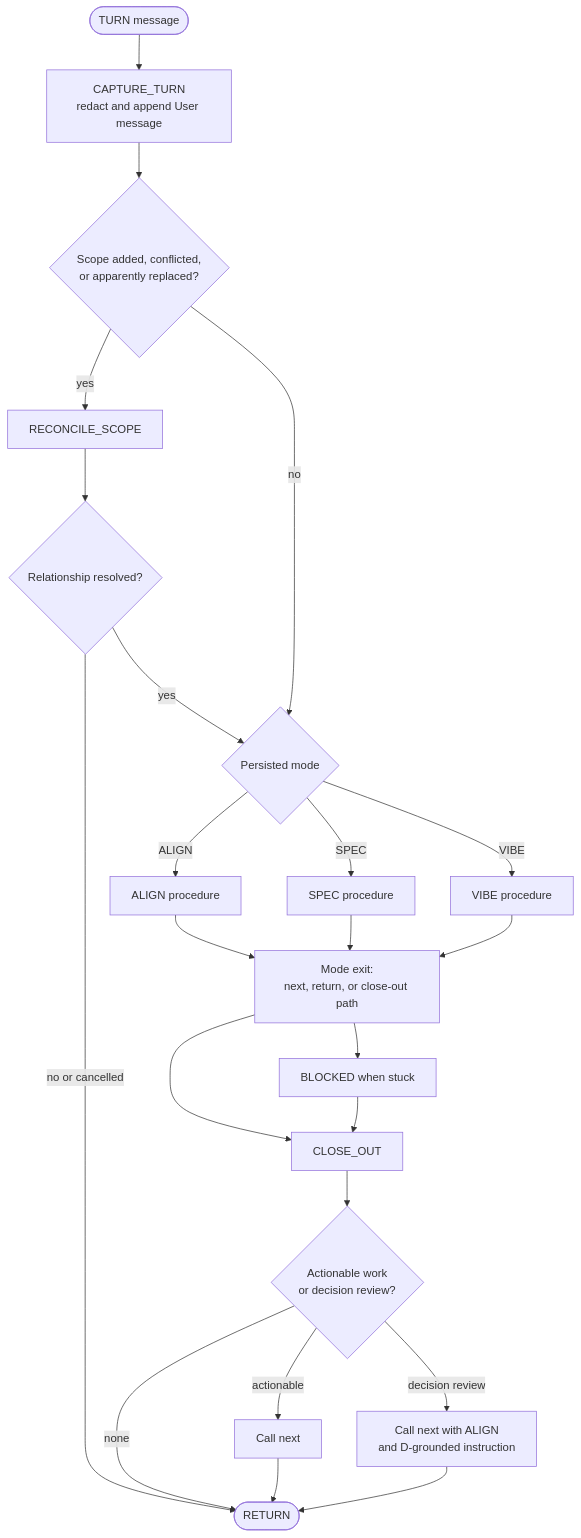
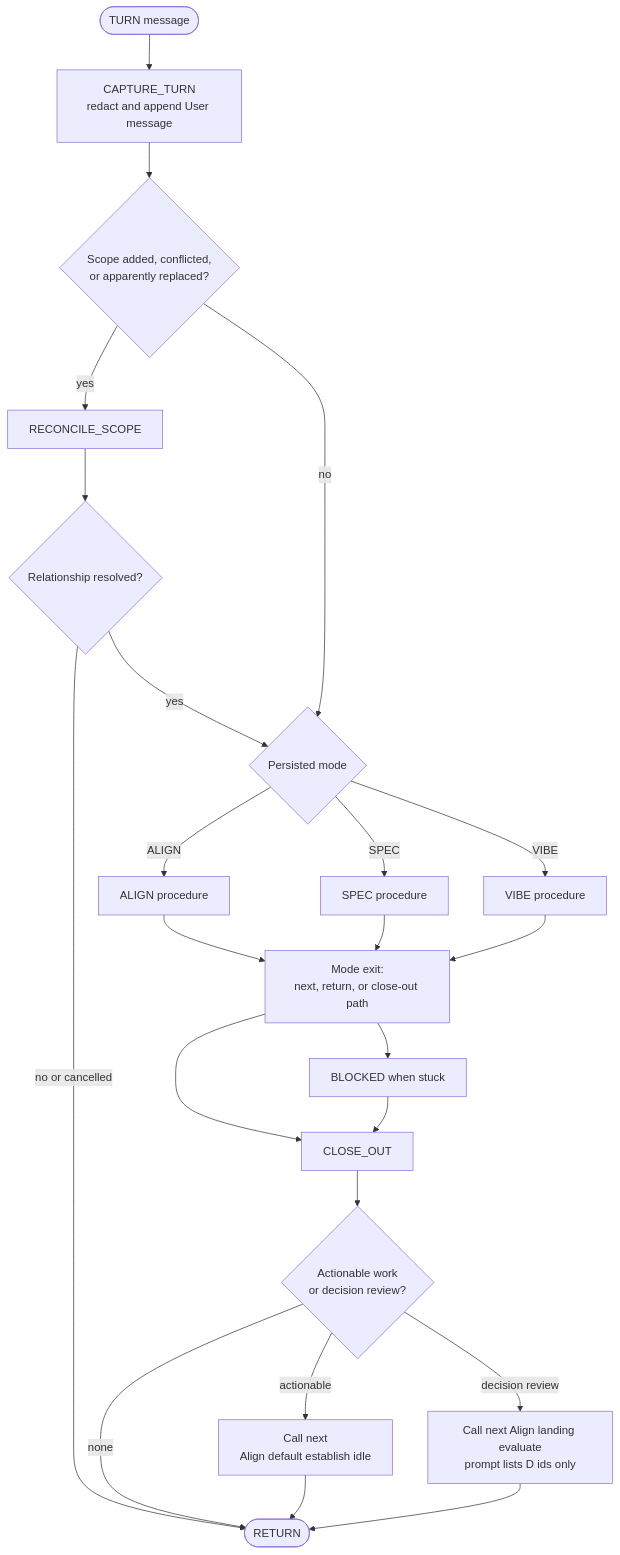
Before and after one commit to dhumdil-apps/pi-director: the seventh of 12 diagrams in docs/AGENT-WORKFLOW-DIAGRAMS.md, drawn with Mermaid. The commit also changed other lines of this file and 6 other files, not shown here.

First line of the commit message:
feat(workflow): FSM v2.5.0 envision scope ask and Align dual landing

````diff
--- a/docs/AGENT-WORKFLOW-DIAGRAMS.md
+++ b/docs/AGENT-WORKFLOW-DIAGRAMS.md
@@ -179,25 +181,25 @@
 ```mermaid
 flowchart TD
     Turn([TURN message]) --> Capture[CAPTURE_TURN<br/>redact and append User message]
     Capture --> Scope{Scope added, conflicted,<br/>or apparently replaced?}
     Scope -- yes --> Reconcile[RECONCILE_SCOPE]
     Reconcile --> Resolved{Relationship resolved?}
     Resolved -- no or cancelled --> Return([RETURN])
     Resolved -- yes --> Dispatch
     Scope -- no --> Dispatch{Persisted mode}
     Dispatch -- ALIGN --> AlignNode[ALIGN procedure]
     Dispatch -- SPEC --> SpecNode[SPEC procedure]
     Dispatch -- VIBE --> VibeNode[VIBE procedure]
     AlignNode --> Join[Mode exit:<br/>next, return, or close-out path]
     SpecNode --> Join
     VibeNode --> Join
     Join --> Blocked[BLOCKED when stuck]
     Join --> Close[CLOSE_OUT]
     Blocked --> Close
     Close --> Remaining{Actionable work<br/>or decision review?}
-    Remaining -- actionable --> Next[Call next]
-    Remaining -- decision review --> ReviewNext[Call next with ALIGN<br/>and D-grounded instruction]
+    Remaining -- actionable --> Next[Call next<br/>Align default establish idle]
+    Remaining -- decision review --> ReviewNext[Call next Align landing evaluate<br/>prompt lists D ids only]
     Remaining -- none --> Return
     Next --> Return
     ReviewNext --> Return
 ```
````
